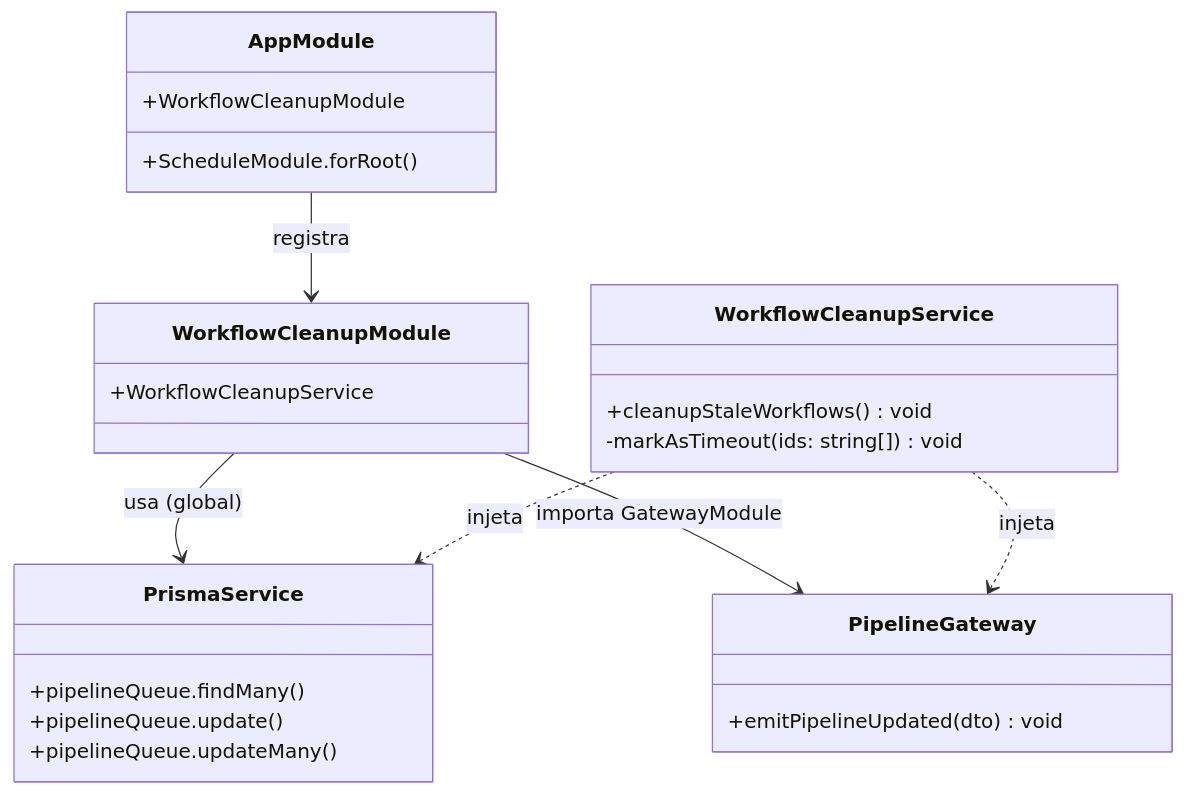
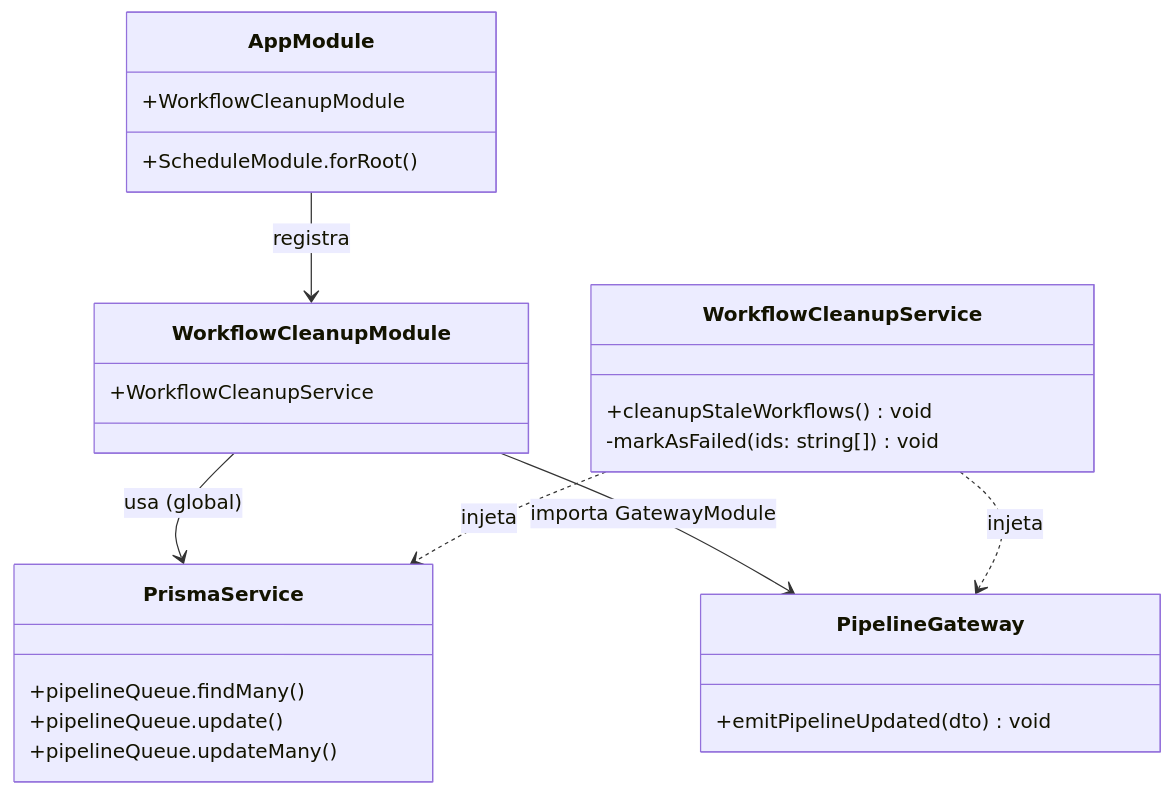
Before and after one commit to adaptwebtech/monitor-deploy: the second of 6 diagrams in docs/specs/workflow-timeout.md, drawn with Mermaid. The commit also changed other lines of this file and 11 other files, not shown here.

First line of the commit message:
refactor: replace Timeout status with Failed across the stack

````diff
--- a/docs/specs/workflow-timeout.md
+++ b/docs/specs/workflow-timeout.md
@@ -113,28 +111,28 @@
 ```mermaid
 classDiagram
     class WorkflowCleanupModule {
         +WorkflowCleanupService
     }
     class WorkflowCleanupService {
         +cleanupStaleWorkflows() void
-        -markAsTimeout(ids: string[]) void
+        -markAsFailed(ids: string[]) void
     }
     class PrismaService {
         +pipelineQueue.findMany()
         +pipelineQueue.update()
         +pipelineQueue.updateMany()
     }
     class PipelineGateway {
         +emitPipelineUpdated(dto) void
     }
     class AppModule {
         +ScheduleModule.forRoot()
         +WorkflowCleanupModule
     }
 
     WorkflowCleanupModule --> PrismaService : usa (global)
     WorkflowCleanupModule --> PipelineGateway : importa GatewayModule
     WorkflowCleanupService ..> PrismaService : injeta
     WorkflowCleanupService ..> PipelineGateway : injeta
     AppModule --> WorkflowCleanupModule : registra
 ```
````
